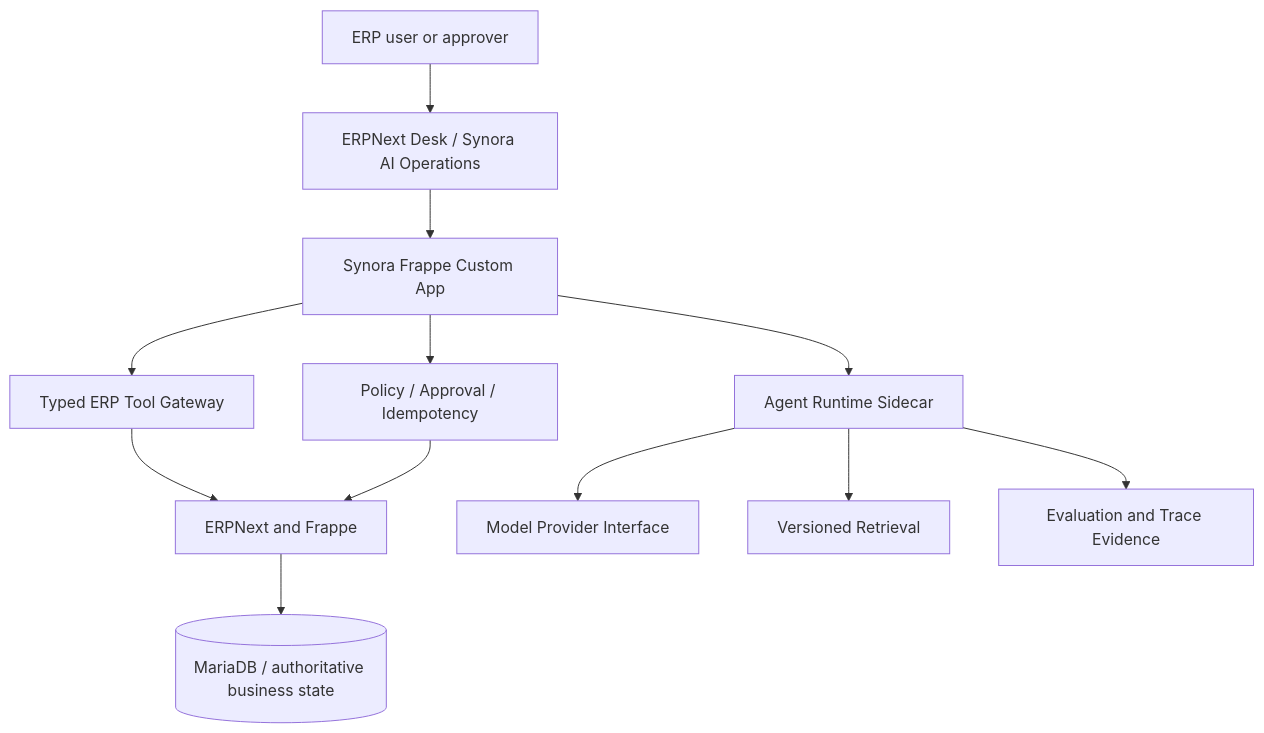
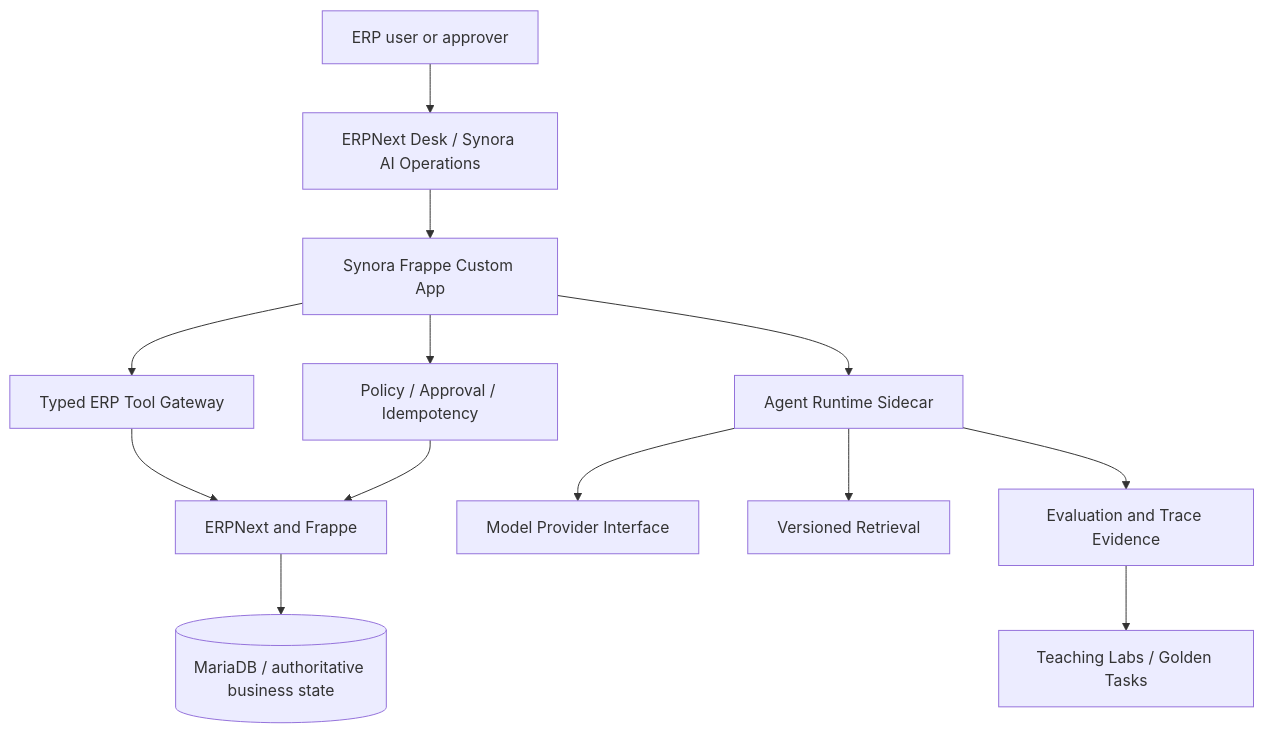
One commit to atlax-tech/Synora-Agentic-ERP changed the first of 3 diagrams in README.md. Above: the diagram before and after it, drawn with Mermaid. The commit also changed other lines of this file and 21 other files, not shown here.

````diff
--- a/README.md
+++ b/README.md
@@ -108,14 +110,15 @@
 ```mermaid
 flowchart TD
     User[ERP user or approver] --> Desk[ERPNext Desk / Synora AI Operations]
     Desk --> App[Synora Frappe Custom App]
     App --> Gateway[Typed ERP Tool Gateway]
     App --> Governance[Policy / Approval / Idempotency]
     Gateway --> ERP[ERPNext and Frappe]
     Governance --> ERP
     App --> Runtime[Agent Runtime Sidecar]
     Runtime --> Model[Model Provider Interface]
     Runtime --> Retrieval[Versioned Retrieval]
     Runtime --> Eval[Evaluation and Trace Evidence]
+    Eval --> Labs[Teaching Labs / Golden Tasks]
     ERP --> Database[(MariaDB / authoritative business state)]
 ```
````
